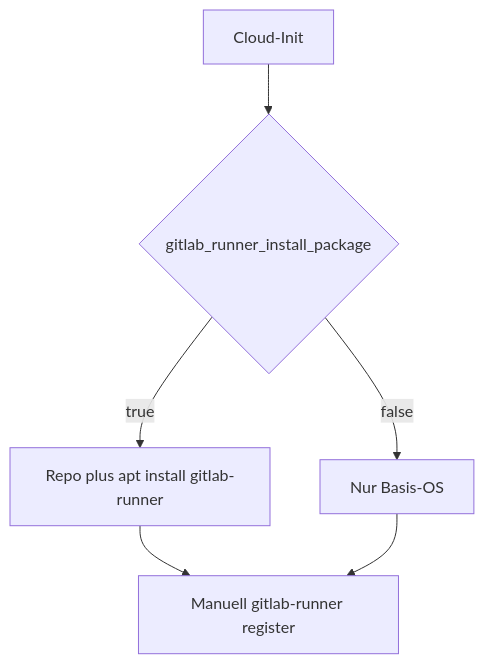
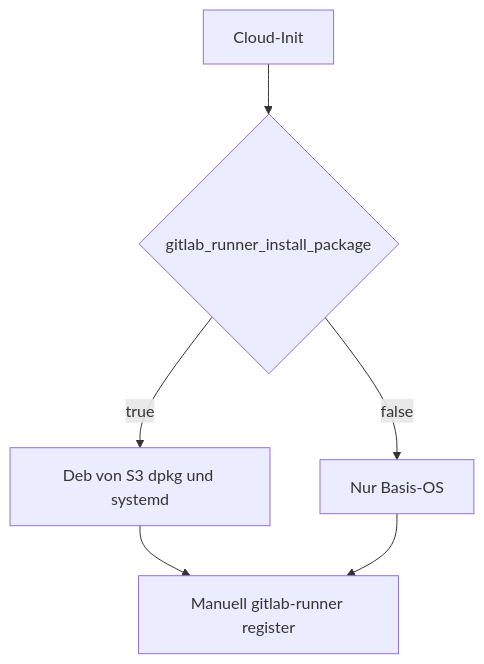
Before and after one commit to HenryHST/gitlab-terraform-hcloud: the second of 2 diagrams in README.md, drawn with Mermaid. The commit also changed other lines of this file and 6 other files, not shown here.

````diff
--- a/README.md
+++ b/README.md
@@ -162,13 +185,13 @@
 ```mermaid
 flowchart TD
   boot[Cloud-Init]
   dec{gitlab_runner_install_package}
-  install[Repo plus apt install gitlab-runner]
+  install[Deb von S3 dpkg und systemd]
   skip[Nur Basis-OS]
   reg[Manuell gitlab-runner register]
   boot --> dec
   dec -->|true| install
   dec -->|false| skip
   install --> reg
   skip --> reg
 ```
````
